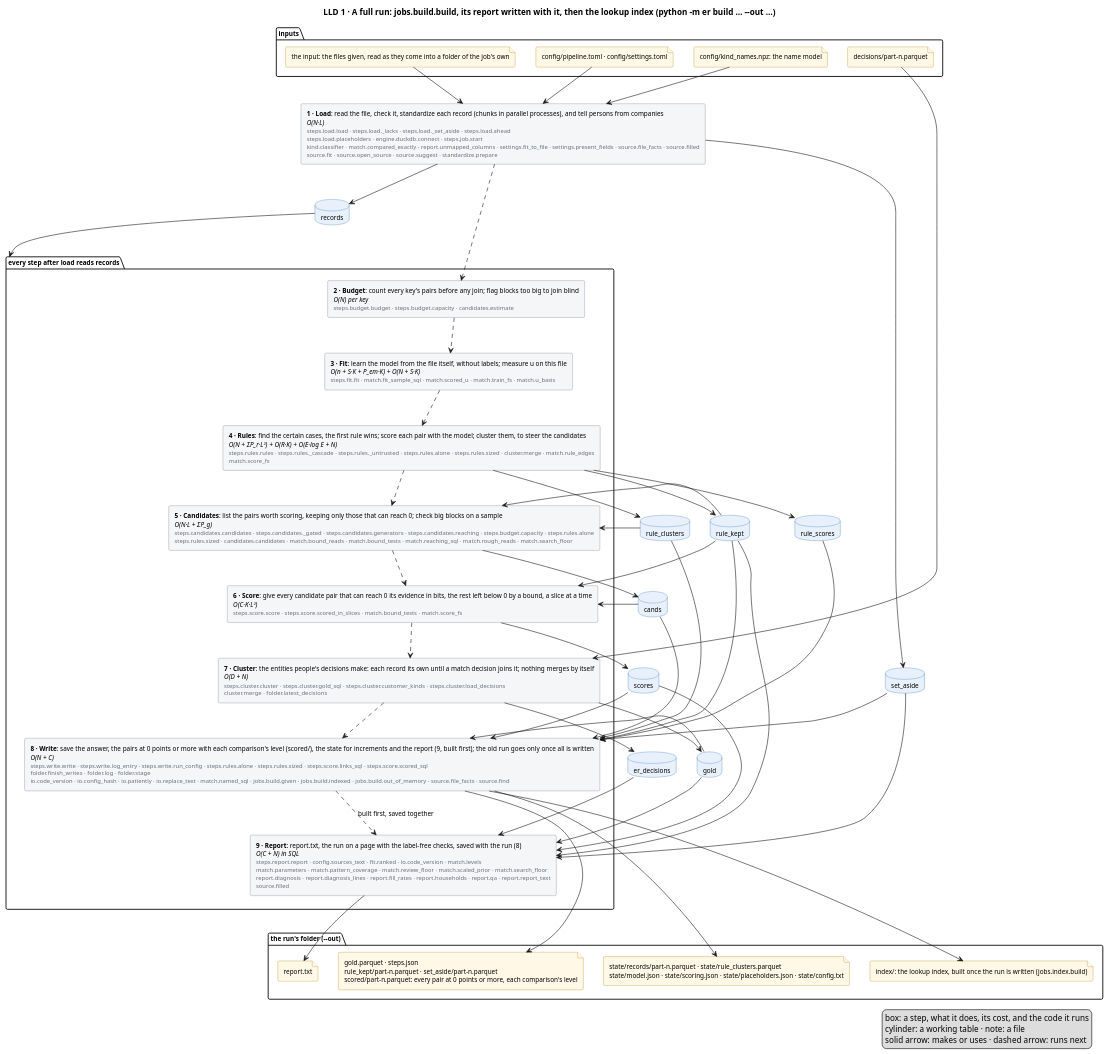
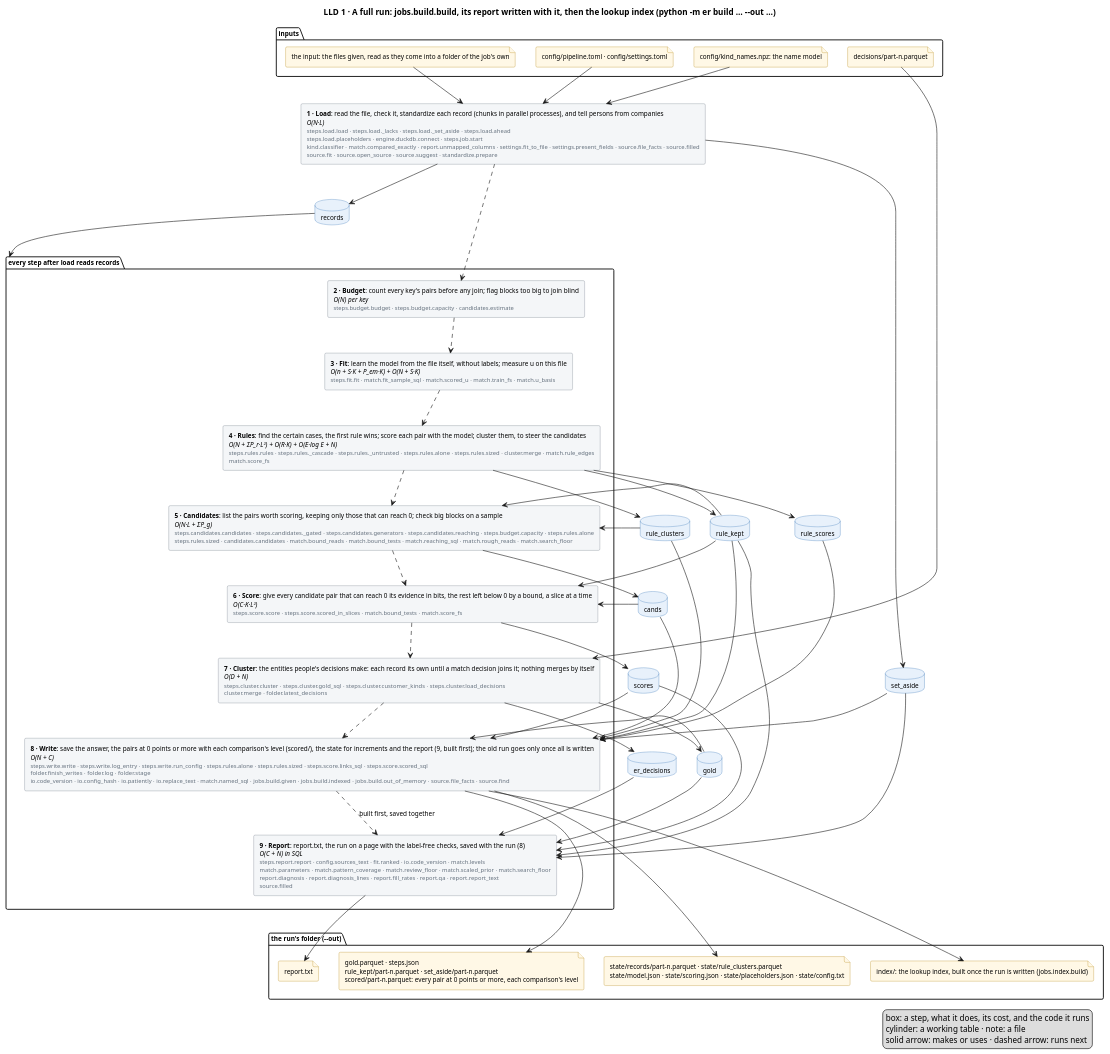
Before and after one commit to mvsbm/entity_matching: the diagram in docs/diagrams/full-run.puml, drawn with PlantUML. The commit also changed 18 other files, not shown here.

```diff
--- a/docs/diagrams/full-run.puml
+++ b/docs/diagrams/full-run.puml
@@ -1,103 +1,103 @@
 @startuml full-run
 title LLD 1 · A full run: jobs.build.build, its report written with it, then the lookup index (python -m er build … ~--out …)
 skinparam defaultFontSize 11
 skinparam rectangle {
   BackgroundColor #F4F6F8
   BorderColor #65717E
 }
 skinparam database {
   BackgroundColor #E8F1FB
   BorderColor #2C6DB3
 }
 skinparam file {
   BackgroundColor #FFF8E6
   BorderColor #B07D00
 }
 
 package "inputs" {
   file "the input: the files given, read as they come into a folder of the job's own" as f_input
   file "config/pipeline.toml · config/settings.toml" as f_config
   file "config/kind_names.npz: the name model" as f_names
   file "decisions/part-n.parquet" as f_decisions
 }
 
 
 rectangle "<b>1 · Load</b>: read the file, check it, standardize each record (chunks in parallel processes), and tell persons from companies\n<i>O(N·L)</i>\n<size:10><color:#65717E>steps.load.load · steps.load._lacks · steps.load._set_aside · steps.load.ahead</color></size>\n<size:10><color:#65717E>steps.load.placeholders · engine.duckdb.connect · steps.job.start</color></size>\n<size:10><color:#65717E>kind.classifier · match.compared_exactly · report.unmapped_columns · settings.fit_to_file · settings.present_fields · source.file_facts · source.filled</color></size>\n<size:10><color:#65717E>source.fit · source.open_source · source.suggest · standardize.prepare</color></size>" as load
 package "every step after load reads records" as after_load {
   rectangle "<b>2 · Budget</b>: count every key's pairs before any join; flag blocks too big to join blind\n<i>O(N) per key</i>\n<size:10><color:#65717E>steps.budget.budget · steps.budget.capacity · candidates.estimate</color></size>" as budget
   rectangle "<b>3 · Fit</b>: learn the model from the file itself, without labels; measure u on this file\n<i>O(n + S·K + P_em·K) + O(N + S·K)</i>\n<size:10><color:#65717E>steps.fit.fit · match.fit_sample_sql · match.scored_u · match.train_fs · match.u_basis</color></size>" as fit
   rectangle "<b>4 · Rules</b>: find the certain cases, the first rule wins; score each pair with the model; cluster them, to steer the candidates\n<i>O(N + ΣP_r·L²) + O(R·K) + O(E·log E + N)</i>\n<size:10><color:#65717E>steps.rules.rules · steps.rules._cascade · steps.rules._untrusted · steps.rules.alone · steps.rules.sized · cluster.merge · match.rule_edges</color></size>\n<size:10><color:#65717E>match.score_fs</color></size>" as rules
   rectangle "<b>5 · Candidates</b>: list the pairs worth scoring, keeping only those that can reach 0; check big blocks on a sample\n<i>O(N·L + ΣP_g)</i>\n<size:10><color:#65717E>steps.candidates.candidates · steps.candidates._gated · steps.candidates.generators · steps.candidates.reaching · steps.budget.capacity · steps.rules.alone</color></size>\n<size:10><color:#65717E>steps.rules.sized · candidates.candidates · match.bound_reads · match.bound_tests · match.reaching_sql · match.rough_reads · match.search_floor</color></size>" as candidates
   rectangle "<b>6 · Score</b>: give every candidate pair that can reach 0 its evidence in bits, the rest left below 0 by a bound, a slice at a time\n<i>O(C·K·L²)</i>\n<size:10><color:#65717E>steps.score.score · steps.score.scored_in_slices · match.bound_tests · match.score_fs</color></size>" as score
   rectangle "<b>7 · Cluster</b>: the entities people's decisions make: each record its own until a match decision joins it; nothing merges by itself\n<i>O(D + N)</i>\n<size:10><color:#65717E>steps.cluster.cluster · steps.cluster.gold_sql · steps.cluster.customer_kinds · steps.cluster.load_decisions</color></size>\n<size:10><color:#65717E>cluster.merge · folder.latest_decisions</color></size>" as cluster
   rectangle "<b>8 · Write</b>: save the answer, the pairs at 0 points or more with each comparison's level (scored/), the state for increments and the report (9, built first); the old run goes only once all is written\n<i>O(N + C)</i>\n<size:10><color:#65717E>steps.write.write · steps.write.log_entry · steps.write.run_config · steps.rules.alone · steps.rules.sized · steps.score.links_sql · steps.score.scored_sql</color></size>\n<size:10><color:#65717E>folder.finish_writes · folder.log · folder.stage</color></size>\n<size:10><color:#65717E>io.code_version · io.config_hash · io.patiently · io.replace_text · match.named_sql · jobs.build.given · jobs.build.indexed · jobs.build.out_of_memory · source.file_facts · source.find</color></size>" as write
-  rectangle "<b>9 · Report</b>: report.txt, the run on a page with the label-free checks, saved with the run (8)\n<i>O(C + N) in SQL</i>\n<size:10><color:#65717E>steps.report.report · config.sources_text · fit.ranked · io.code_version · match.levels</color></size>\n<size:10><color:#65717E>match.parameters · match.pattern_coverage · match.review_floor · match.scaled_prior · match.search_floor</color></size>\n<size:10><color:#65717E>report.diagnosis · report.diagnosis_lines · report.fill_rates · report.households · report.qa · report.report_text</color></size>\n<size:10><color:#65717E>source.filled</color></size>" as report
+  rectangle "<b>9 · Report</b>: report.txt, the run on a page with the label-free checks, saved with the run (8)\n<i>O(C + N) in SQL</i>\n<size:10><color:#65717E>steps.report.report · config.sources_text · fit.ranked · io.code_version · match.levels</color></size>\n<size:10><color:#65717E>match.parameters · match.pattern_coverage · match.review_floor · match.scaled_prior · match.search_floor</color></size>\n<size:10><color:#65717E>report.diagnosis · report.diagnosis_lines · report.fill_rates · report.qa · report.report_text</color></size>\n<size:10><color:#65717E>source.filled</color></size>" as report
 }
 database "records" as records
 database "set_aside" as set_aside
 database "rule_clusters" as rule_clusters
 database "rule_kept" as rule_kept
 database "cands" as cands
 database "scores" as scores
 database "rule_scores" as rule_scores
 database "gold" as gold
 database "er_decisions" as er_decisions
 
 package "the run's folder (~--out)" {
   file "gold.parquet · steps.json\nrule_kept/part-n.parquet · set_aside/part-n.parquet\nscored/part-n.parquet: every pair at 0 points or more, each comparison's level" as f_out
   file "state/records/part-n.parquet · state/rule_clusters.parquet\nstate/model.json · state/scoring.json · state/placeholders.json · state/config.txt" as f_state
   file "report.txt" as f_people
   file "index/: the lookup index, built once the run is written (jobs.index.build)" as f_index
 }
 
 f_input --> load
 f_config --> load
 f_names --> load
 f_decisions --> cluster
 
 load ..> budget
 budget ..> fit
 fit ..> rules
 rules ..> candidates
 candidates ..> score
 score ..> cluster
 cluster ..> write
 write ..> report : built first, saved together
 
 load --> records
 load --> set_aside
 records --> after_load
 rules --> rule_clusters
 rules --> rule_kept
 rules --> rule_scores
 rule_scores --> write
 cands --> write
 scores --> write
 rule_clusters --> candidates
 rule_clusters --> write
 rule_kept --> write
 rule_kept --> candidates
 rule_kept --> score
 rule_kept --> report
 candidates --> cands
 cands --> score
 score --> scores
 scores --> report
 cluster --> gold
 cluster --> er_decisions
 gold --> write
 gold --> report
 er_decisions --> report
 set_aside --> write
 set_aside --> report
 
 write --> f_out
 write --> f_state
 write --> f_index
 report --> f_people
 legend right
   box: a step, what it does, its cost, and the code it runs
   cylinder: a working table · note: a file
   solid arrow: makes or uses · dashed arrow: runs next
 endlegend
 @enduml
```
